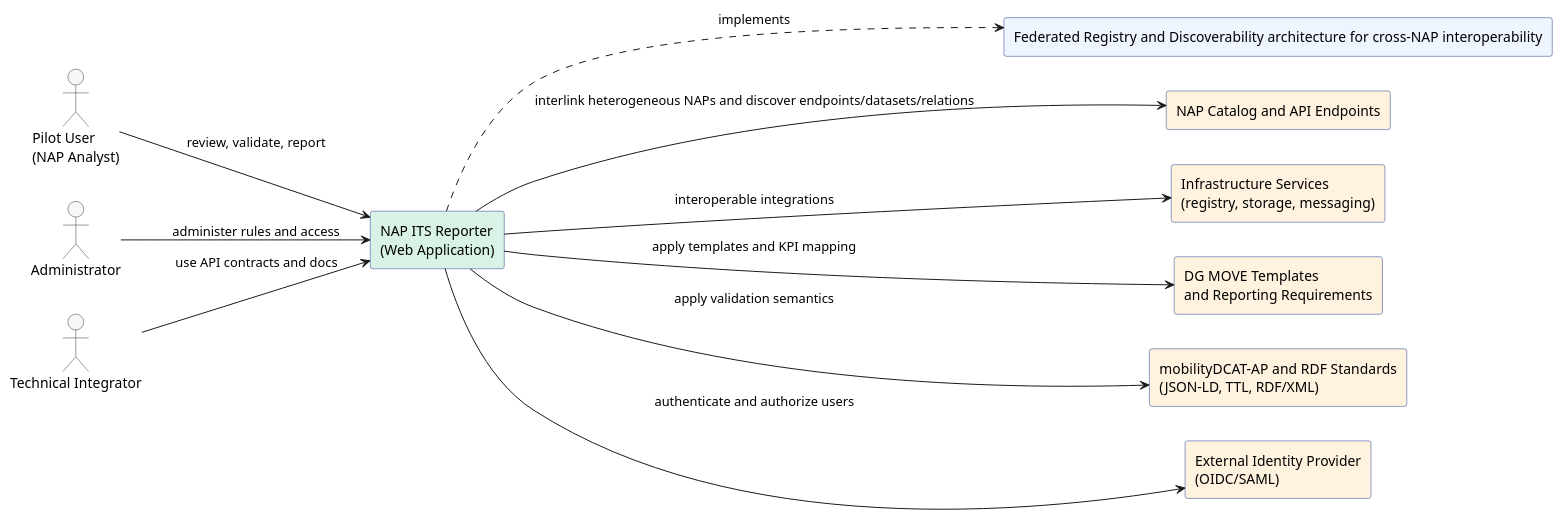
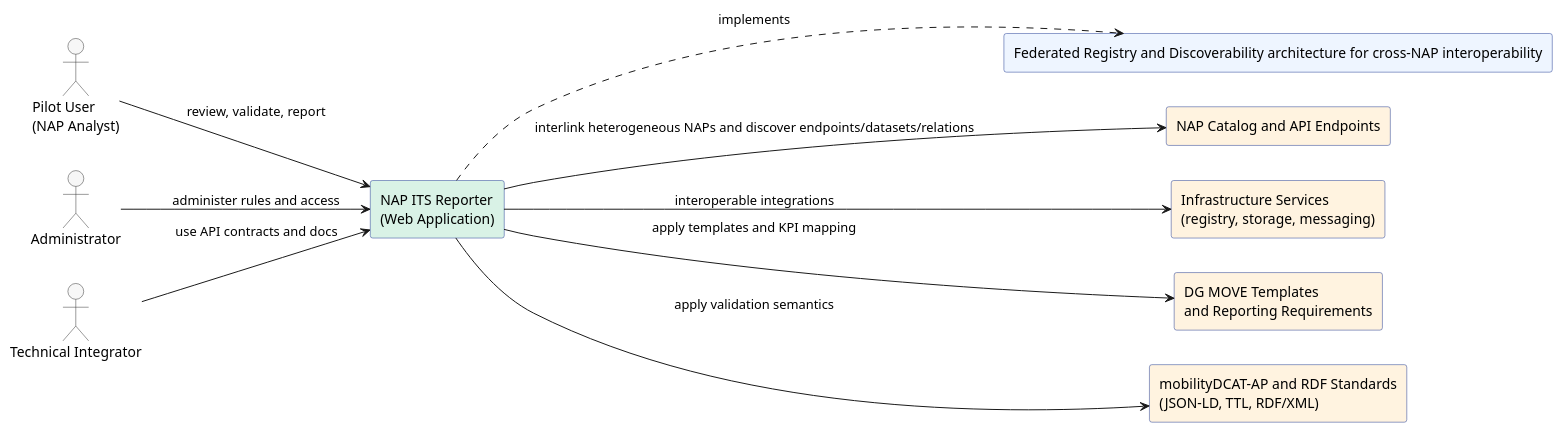
The diagram in Napcore-ITS-Reporting/docs/architecture/puml/system-context.puml (UM-KGPI/Napcore-ITS-Reporting), drawn with PlantUML before and after one commit. The commit also changed 5 other files, not shown here.

Commit message:
Remove external identity provider from architecture views

```diff
--- a/Napcore-ITS-Reporting/docs/architecture/puml/system-context.puml
+++ b/Napcore-ITS-Reporting/docs/architecture/puml/system-context.puml
@@ -1,40 +1,38 @@
 @startuml
 ' System Context (Level 1)
 skinparam shadowing false
 skinparam componentStyle rectangle
 skinparam packageStyle rectangle
 left to right direction
 
 skinparam rectangle {
   BackgroundColor #eef5ff
   BorderColor #1f3a93
 }
 skinparam actor {
   BackgroundColor #f7f7f7
   BorderColor #333333
 }
 
 actor "Pilot User\n(NAP Analyst)" as U1
 actor "Administrator" as U2
 actor "Technical Integrator" as U3
 
 rectangle "NAP ITS Reporter\n(Web Application)" as APP #d9f2e6
 rectangle "Federated Registry and Discoverability architecture for cross-NAP interoperability" as PATTERN #eef5ff
 
 rectangle "NAP Catalog and API Endpoints" as NAP #fff3e0
 rectangle "Infrastructure Services\n(registry, storage, messaging)" as INFRA #fff3e0
 rectangle "DG MOVE Templates\nand Reporting Requirements" as DGMOVE #fff3e0
 rectangle "mobilityDCAT-AP and RDF Standards\n(JSON-LD, TTL, RDF/XML)" as STD #fff3e0
-rectangle "External Identity Provider\n(OIDC/SAML)" as IDP #fff3e0
 
 U1 --> APP : review, validate, report
 U2 --> APP : administer rules and access
 U3 --> APP : use API contracts and docs
 APP ..> PATTERN : implements
 
 APP --> NAP : interlink heterogeneous NAPs and discover endpoints/datasets/relations
 APP --> INFRA : interoperable integrations
 APP --> DGMOVE : apply templates and KPI mapping
 APP --> STD : apply validation semantics
-APP --> IDP : authenticate and authorize users
 @enduml
```
